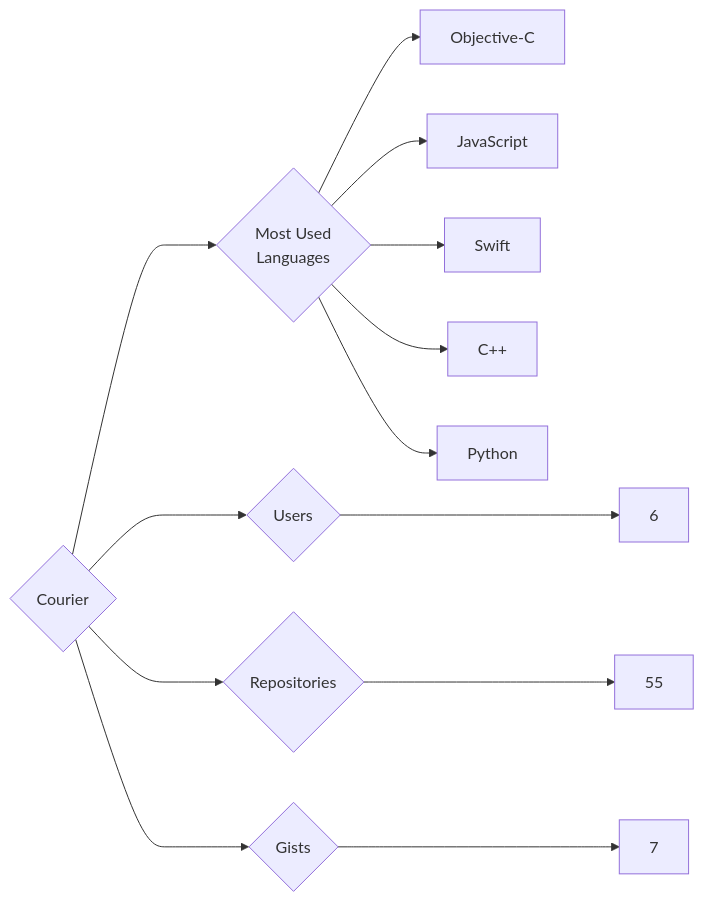
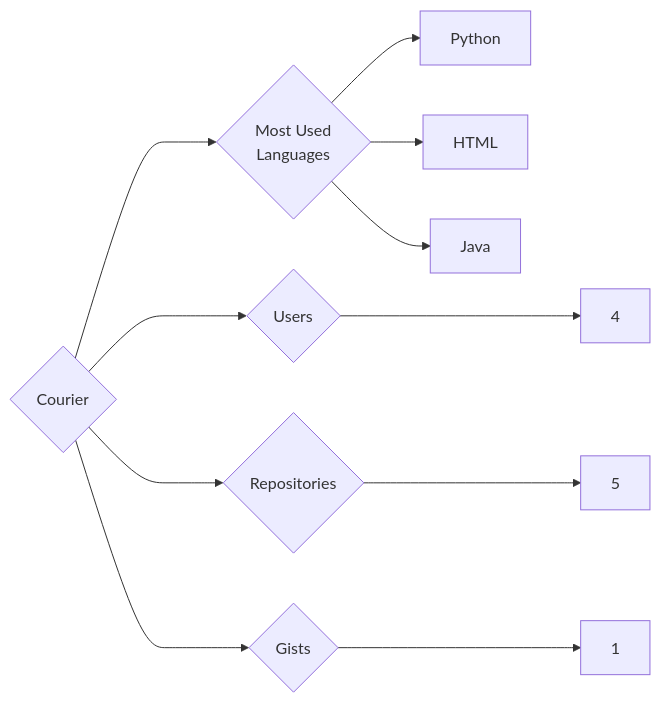
The diagram in targets/Courier/README.md (trickest/insiders), drawn with Mermaid before and after one commit. The commit also changed 1030 other files, not shown here.

````diff
--- a/targets/Courier/README.md
+++ b/targets/Courier/README.md
@@ -3,13 +3,11 @@
 ```mermaid
 graph LR
 COMPANY_NAME{Courier}
-COMPANY_NAME ---> U{Users} ---> UN[6]
-COMPANY_NAME ---> R{Repositories} ---> RN[55]
-COMPANY_NAME ---> G{Gists} ---> GN[7]
+COMPANY_NAME ---> U{Users} ---> UN[4]
+COMPANY_NAME ---> R{Repositories} ---> RN[5]
+COMPANY_NAME ---> G{Gists} ---> GN[1]
 COMPANY_NAME ---> ML{Most Used<br>Languages}
-ML --> Objective-C[Objective-C]
-ML --> JavaScript[JavaScript]
-ML --> Swift[Swift]
-ML --> C++[C++]
 ML --> Python[Python]
+ML --> HTML[HTML]
+ML --> Java[Java]
 ```
````
